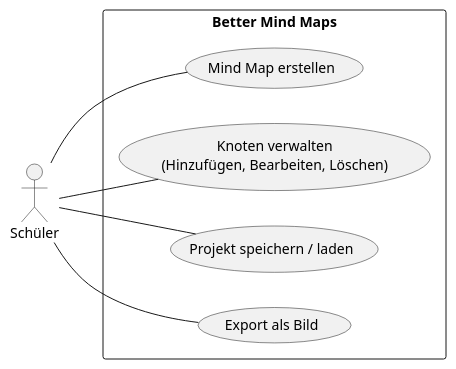
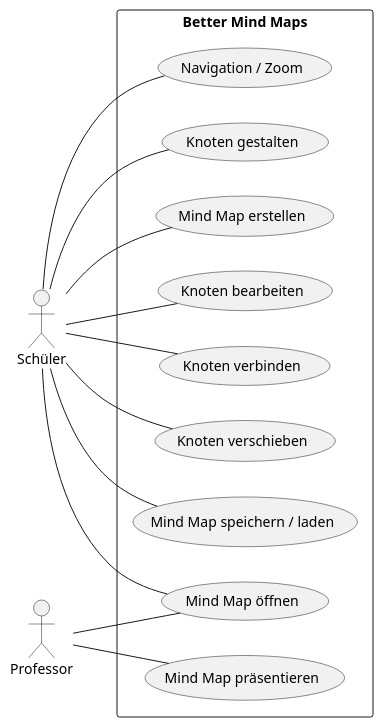
One commit to 2526-3bhif-syp/2526-3bhif-syp-project-better-mind-maps changed the diagram in asciidocs/docs/system-specifications.adoc. Above: the diagram before and after it, drawn with PlantUML. The commit also changed other lines of this file, not shown here.

Commit message:
Added new content to use case diagram

```diff
--- a/asciidocs/docs/system-specifications.adoc
+++ b/asciidocs/docs/system-specifications.adoc
@@ -30,19 +30,32 @@
 [plantuml, usecase-diagram, svg]
 ----
 @startuml
 left to right direction
 actor "Schüler" as S
+actor "Professor" as P
 
 rectangle "Better Mind Maps" {
   usecase "Mind Map erstellen" as UC1
-  usecase "Knoten verwalten\n(Hinzufügen, Bearbeiten, Löschen)" as UC2
-  usecase "Projekt speichern / laden" as UC3
-  usecase "Export als Bild" as UC4
+  usecase "Knoten bearbeiten" as UC2
+  usecase "Knoten verbinden" as UC3
+  usecase "Knoten verschieben" as UC4
+  usecase "Mind Map speichern / laden" as UC5
+  usecase "Mind Map öffnen" as UC6
+  usecase "Navigation / Zoom" as UC7
+  usecase "Knoten gestalten" as UC8
+  usecase "Mind Map präsentieren" as UC9
 }
 
 S -- UC1
 S -- UC2
 S -- UC3
 S -- UC4
+S -- UC5
+S -- UC6
+S -- UC7
+S -- UC8
+
+P -- UC6
+P -- UC9
 @enduml
 ----
```
